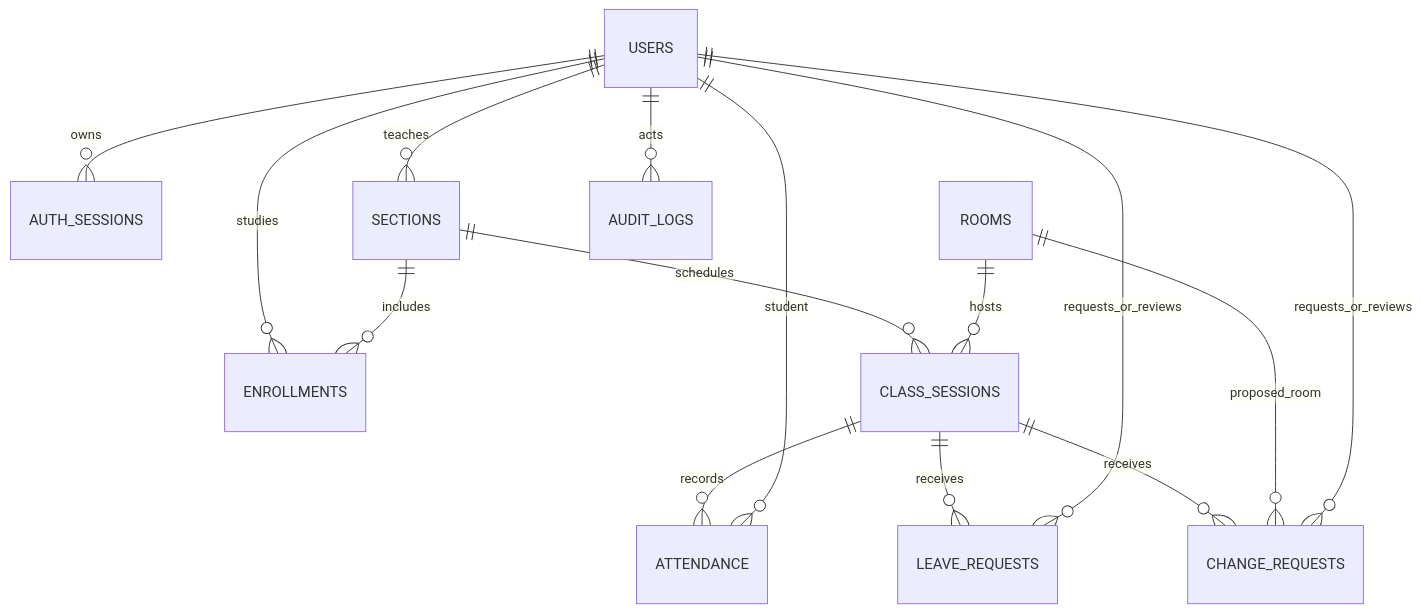
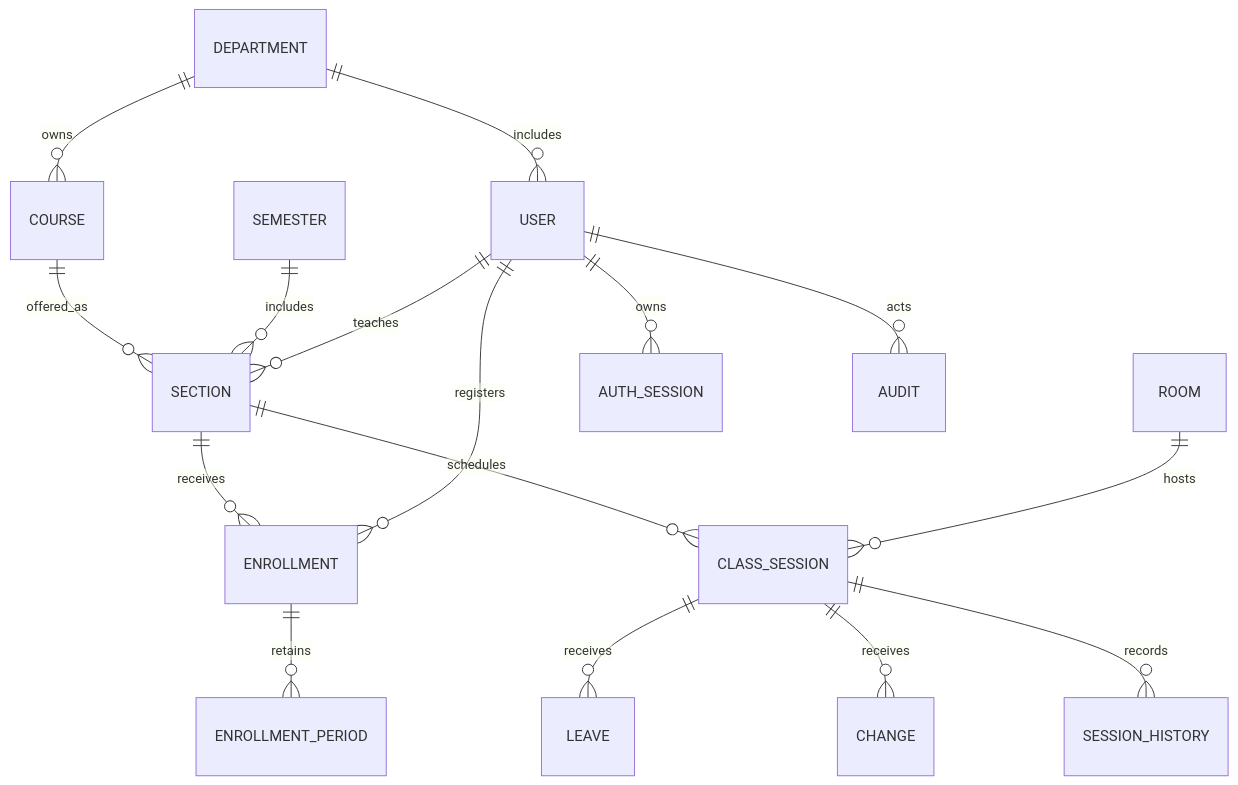
One commit to namphuongp/myfap_clone changed the diagram in database.md. Above: the diagram before and after it, drawn with Mermaid. The commit also changed other lines of this file and 33 other files, not shown here.

````diff
--- a/database.md
+++ b/database.md
@@ -3,17 +26,18 @@
 ```mermaid
 erDiagram
- USERS ||--o{ AUTH_SESSIONS : owns
- USERS ||--o{ SECTIONS : teaches
- USERS ||--o{ ENROLLMENTS : studies
- SECTIONS ||--o{ ENROLLMENTS : includes
- SECTIONS ||--o{ CLASS_SESSIONS : schedules
- ROOMS ||--o{ CLASS_SESSIONS : hosts
- CLASS_SESSIONS ||--o{ ATTENDANCE : records
- USERS ||--o{ ATTENDANCE : student
- CLASS_SESSIONS ||--o{ LEAVE_REQUESTS : receives
- USERS ||--o{ LEAVE_REQUESTS : requests_or_reviews
- CLASS_SESSIONS ||--o{ CHANGE_REQUESTS : receives
- ROOMS ||--o{ CHANGE_REQUESTS : proposed_room
- USERS ||--o{ CHANGE_REQUESTS : requests_or_reviews
- USERS ||--o{ AUDIT_LOGS : acts
+ DEPARTMENT ||--o{ USER : includes
+ DEPARTMENT ||--o{ COURSE : owns
+ COURSE ||--o{ SECTION : offered_as
+ SEMESTER ||--o{ SECTION : includes
+ USER ||--o{ SECTION : teaches
+ SECTION ||--o{ ENROLLMENT : receives
+ USER ||--o{ ENROLLMENT : registers
+ ENROLLMENT ||--o{ ENROLLMENT_PERIOD : retains
+ SECTION ||--o{ CLASS_SESSION : schedules
+ ROOM ||--o{ CLASS_SESSION : hosts
+ CLASS_SESSION ||--o{ LEAVE : receives
+ CLASS_SESSION ||--o{ CHANGE : receives
+ CLASS_SESSION ||--o{ SESSION_HISTORY : records
+ USER ||--o{ AUTH_SESSION : owns
+ USER ||--o{ AUDIT : acts
 ```
````
